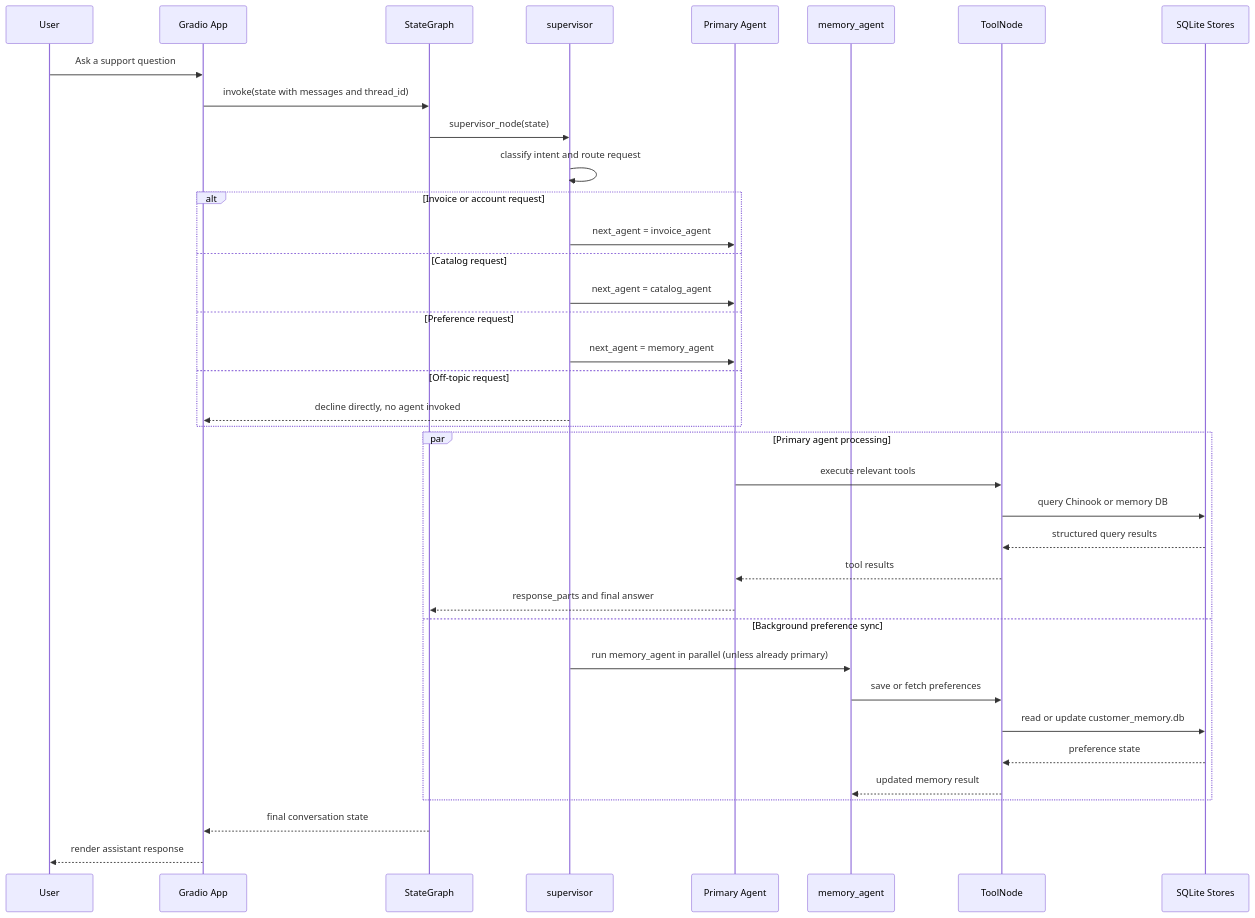
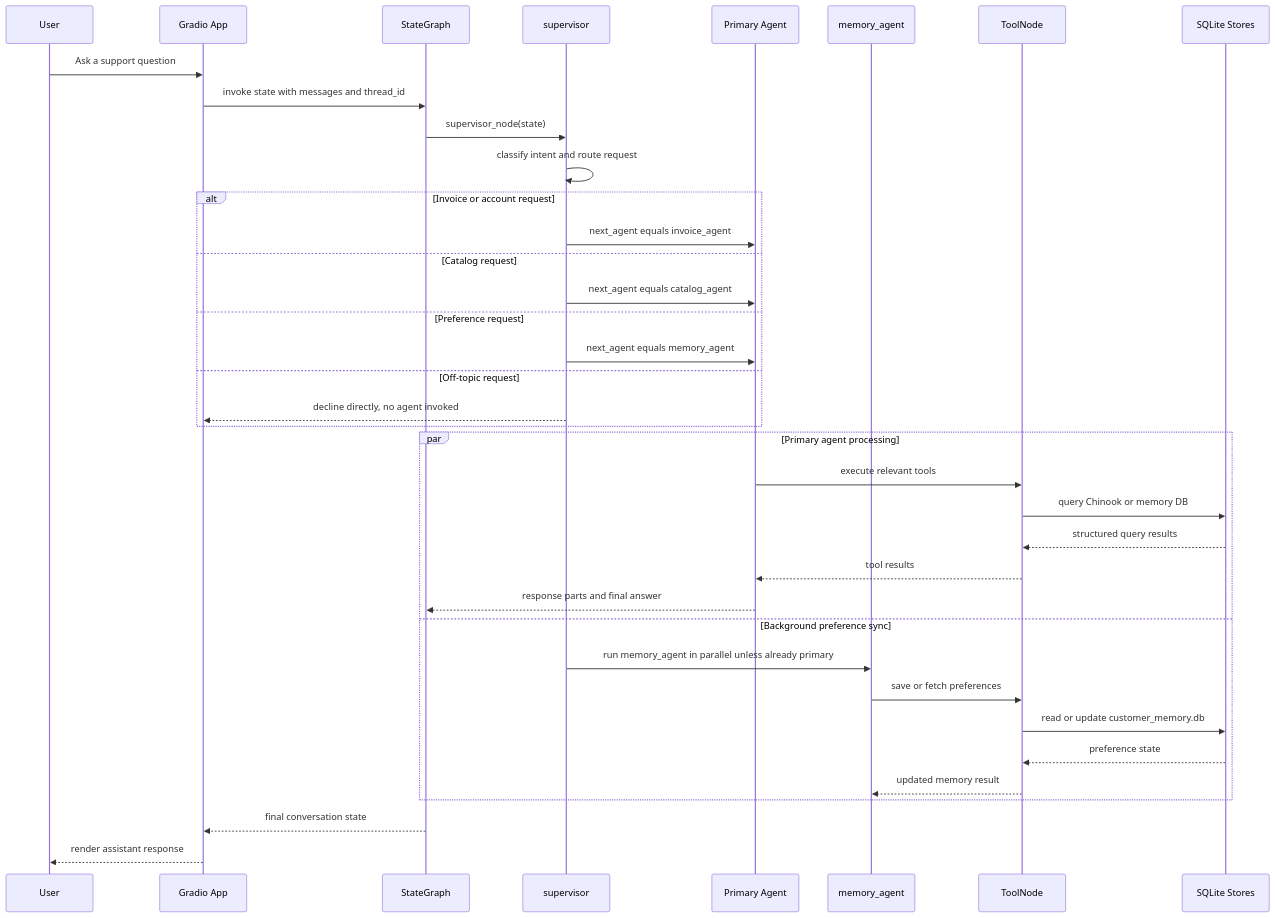
The second of 2 diagrams in README.md (kansaram/chinook-customer-support-agent), drawn with Mermaid before and after one commit. The commit also changed other lines of this file, not shown here.

Commit message:
final ReadMe.md

````diff
--- a/README.md
+++ b/README.md
@@ -51,43 +51,43 @@
 ```mermaid
 sequenceDiagram
     participant User
     participant UI as Gradio App
     participant Graph as StateGraph
     participant Sup as supervisor
     participant Prim as Primary Agent
     participant Mem as memory_agent
     participant ToolNode
     participant DB as SQLite Stores
 
     User->>UI: Ask a support question
-    UI->>Graph: invoke(state with messages and thread_id)
+    UI->>Graph: invoke state with messages and thread_id
     Graph->>Sup: supervisor_node(state)
     Sup->>Sup: classify intent and route request
 
     alt Invoice or account request
-        Sup->>Prim: next_agent = invoice_agent
+        Sup->>Prim: next_agent equals invoice_agent
     else Catalog request
-        Sup->>Prim: next_agent = catalog_agent
+        Sup->>Prim: next_agent equals catalog_agent
     else Preference request
-        Sup->>Prim: next_agent = memory_agent
+        Sup->>Prim: next_agent equals memory_agent
     else Off-topic request
         Sup-->>UI: decline directly, no agent invoked
     end
 
     par Primary agent processing
         Prim->>ToolNode: execute relevant tools
         ToolNode->>DB: query Chinook or memory DB
         DB-->>ToolNode: structured query results
         ToolNode-->>Prim: tool results
-        Prim-->>Graph: response_parts and final answer
+        Prim-->>Graph: response parts and final answer
     and Background preference sync
-        Sup->>Mem: run memory_agent in parallel (unless already primary)
+        Sup->>Mem: run memory_agent in parallel unless already primary
         Mem->>ToolNode: save or fetch preferences
         ToolNode->>DB: read or update customer_memory.db
         DB-->>ToolNode: preference state
         ToolNode-->>Mem: updated memory result
     end
 
     Graph-->>UI: final conversation state
     UI-->>User: render assistant response
 ```
````
